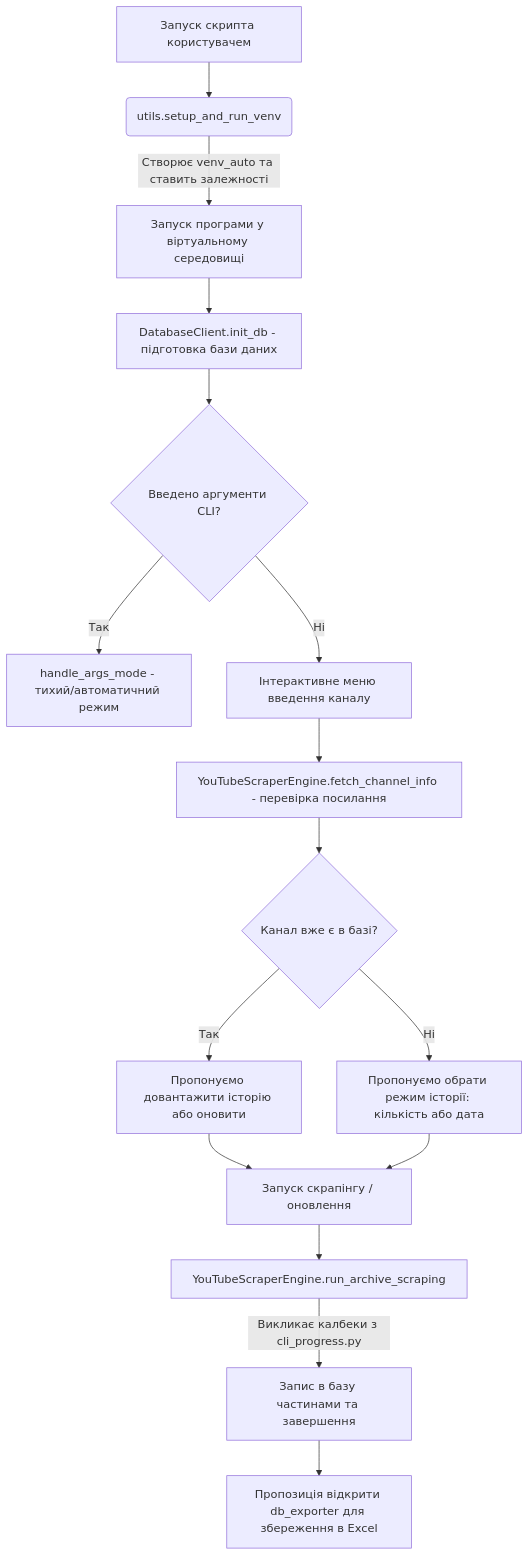
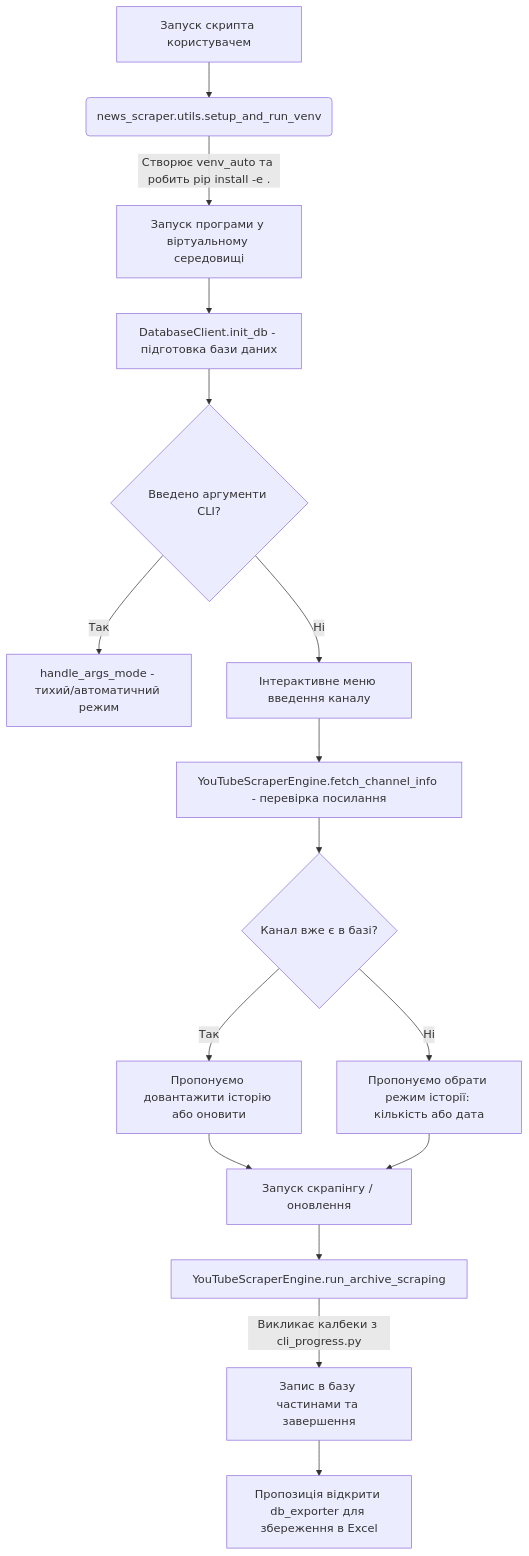
The diagram in README.md (OlexiMakee/youtube_news_automation), drawn with Mermaid before and after one commit. The commit also changed other lines of this file and 10 other files, not shown here.

Commit message:
Initial commit: Restructure codebase and convert to news_scraper package

````diff
--- a/README.md
+++ b/README.md
@@ -65,18 +71,18 @@
 ```mermaid
 graph TD
-    A[Запуск скрипта користувачем] --> B(utils.setup_and_run_venv)
-    B -->|Створює venv_auto та ставить залежності| C[Запуск програми у віртуальному середовищі]
+    A[Запуск скрипта користувачем] --> B(news_scraper.utils.setup_and_run_venv)
+    B -->|Створює venv_auto та робить pip install -e .| C[Запуск програми у віртуальному середовищі]
     C --> D[DatabaseClient.init_db - підготовка бази даних]
     D --> E{Введено аргументи CLI?}
     E -->|Так| F[handle_args_mode - тихий/автоматичний режим]
     E -->|Ні| G[Інтерактивне меню введення каналу]
     G --> H[YouTubeScraperEngine.fetch_channel_info - перевірка посилання]
     H --> I{Канал вже є в базі?}
     I -->|Так| J[Пропонуємо довантажити історію або оновити]
     I -->|Ні| K[Пропонуємо обрати режим історії: кількість або дата]
     J --> L[Запуск скрапінгу / оновлення]
     K --> L
     L --> M[YouTubeScraperEngine.run_archive_scraping]
     M -->|Викликає калбеки з cli_progress.py| N[Запис в базу частинами та завершення]
     N --> O[Пропозиція відкрити db_exporter для збереження в Excel]
 ```
````
